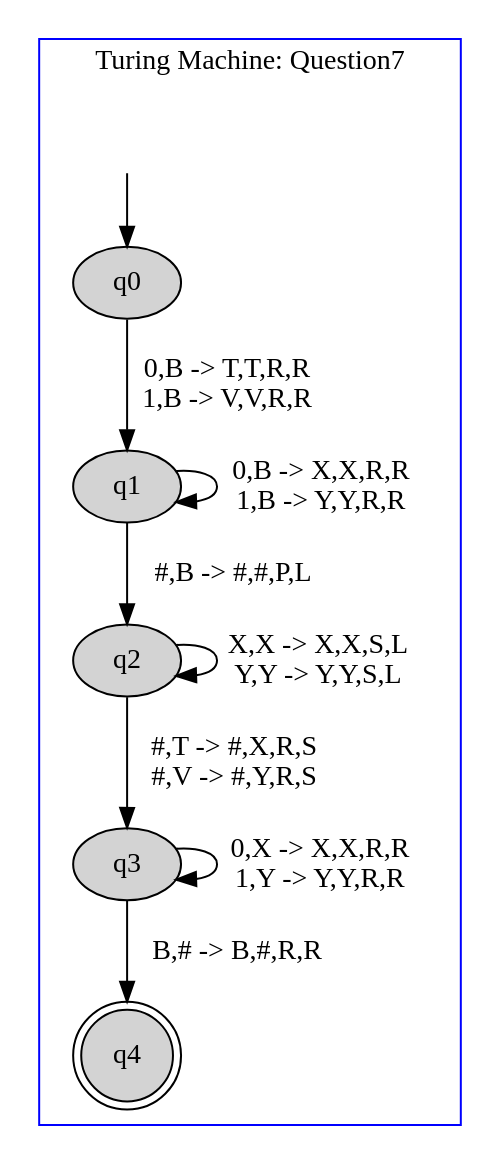
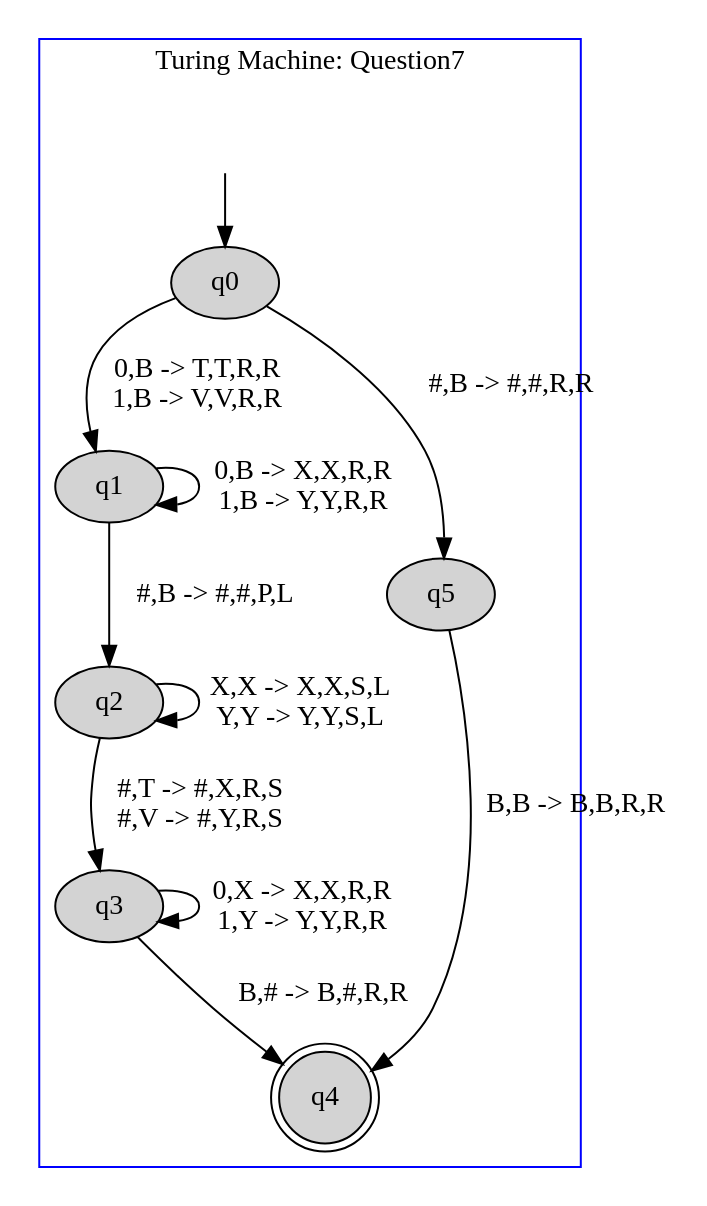
Before and after one commit to danielScLima/turing_machine_2_fitas: the diagram in TM2FITAS/images/file.dot, drawn with Graphviz. The commit also changed 13 other files, not shown here.

```diff
--- a/TM2FITAS/images/file.dot
+++ b/TM2FITAS/images/file.dot
@@ -1,26 +1,29 @@
 digraph G {
 	subgraph cluster_1 {
 		node [style=filled];
 		label = "Turing Machine: Question7"
 		color=blue;
 
 		q0;
 		q1;
 		q2;
 		q3;
 		q4 [shape="doublecircle"];
+		q5;
 		q0->q1[label="0,B -> T,T,R,R
 1,B -> V,V,R,R"];
+		q0->q5[label="#,B -> #,#,R,R"];
 		q1->q1[label="0,B -> X,X,R,R
 1,B -> Y,Y,R,R"];
 		q1->q2[label="#,B -> #,#,P,L"];
 		q2->q2[label="X,X -> X,X,S,L
 Y,Y -> Y,Y,S,L"];
 		q2->q3[label="#,T -> #,X,R,S
 #,V -> #,Y,R,S"];
 		q3->q3[label="0,X -> X,X,R,R
 1,Y -> Y,Y,R,R"];
 		q3->q4[label="B,# -> B,#,R,R"];
+		q5->q4[label="B,B -> B,B,R,R"];
 x [color=white, label=""];		x->q0	}
 
 }
```
